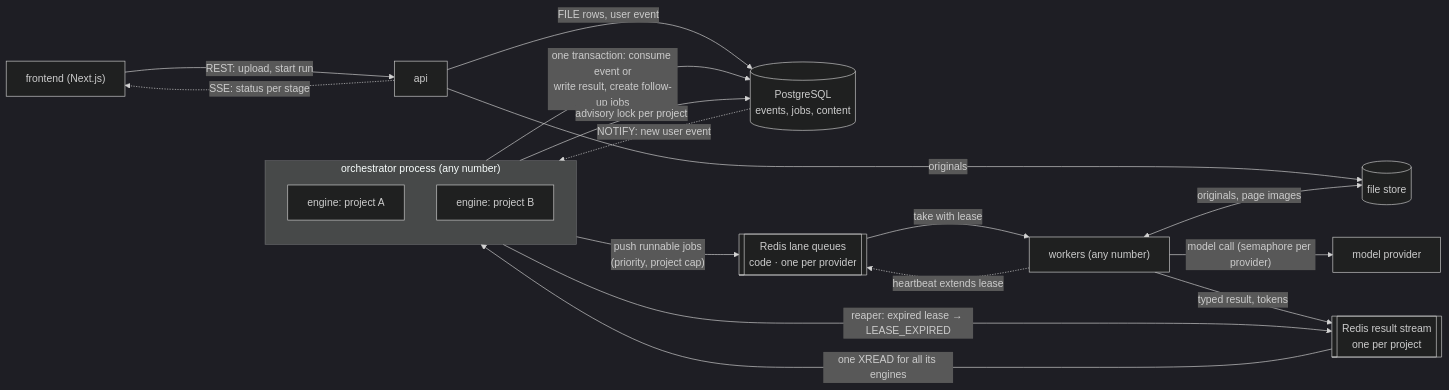
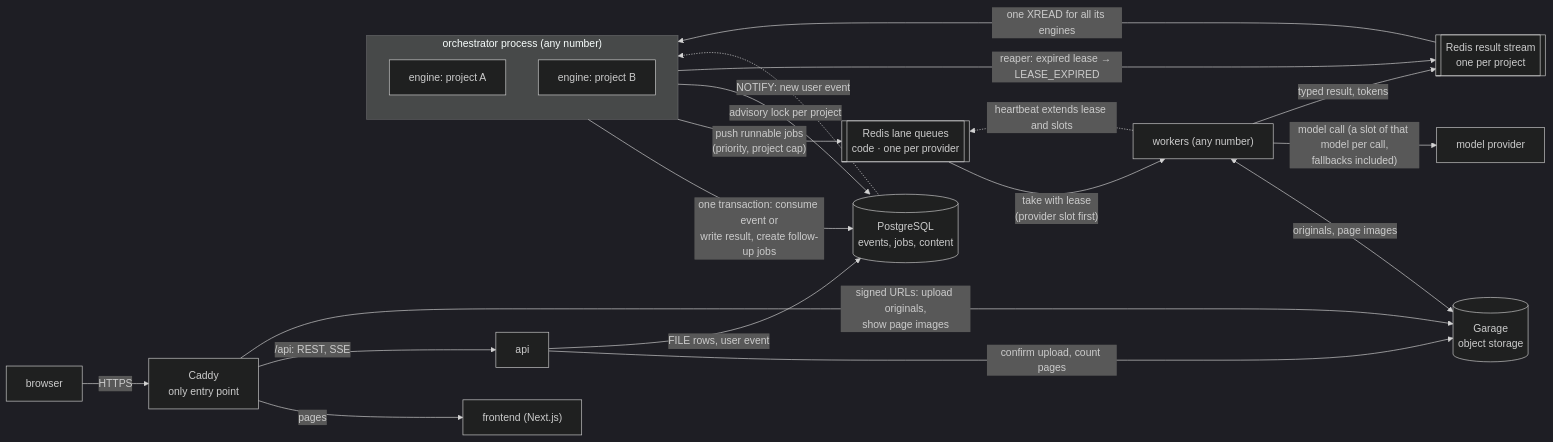
Before and after one commit to thomaselmer/sibp-infos: the third of 6 diagrams in docs/Architecture.md, drawn with Mermaid (dark theme). The commit also changed other lines of this file and 1 other file, not shown here.

Commit message:
Architecture v36: current picture and diagrams brought up to date
The picture still showed v25: lanes per model, uploads through the api, no Caddy. Now: Caddy as the only entry
point, Garage with uploads straight from the browser through signed URLs, lanes per provider, a provider slot
before a job and a model slot per model call.

````diff
--- a/docs/Architecture.md
+++ b/docs/Architecture.md
@@ -256,23 +256,25 @@
 ```mermaid
 flowchart LR
-  FE["frontend (Next.js)"] -->|"REST: upload, start run"| API[api]
-  API -.->|"SSE: status per stage"| FE
+  BR[browser] -->|HTTPS| CA["Caddy<br/>only entry point"]
+  CA -->|pages| FE["frontend (Next.js)"]
+  CA -->|"/api: REST, SSE"| API[api]
+  CA -->|"signed URLs: upload originals,<br/>show page images"| GA[("Garage<br/>object storage")]
+  API -->|"confirm upload, count pages"| GA
   API -->|"FILE rows, user event"| DB[("PostgreSQL<br/>events, jobs, content")]
-  API -->|"originals"| FS[("file store")]
   DB -.->|"NOTIFY: new user event"| ORC
   subgraph ORC["orchestrator process (any number)"]
     direction TB
     EA["engine: project A"]
     EB["engine: project B"]
   end
   ORC -->|"advisory lock per project"| DB
   EA -->|"one transaction: consume event or<br/>write result, create follow-up jobs"| DB
   EA -->|"push runnable jobs<br/>(priority, project cap)"| LQ[["Redis lane queues<br/>code · one per provider"]]
-  LQ -->|"take with lease"| W["workers (any number)"]
-  W -.->|"heartbeat extends lease"| LQ
-  W <-->|"originals, page images"| FS
-  W -->|"model call (semaphore per provider)"| MP["model provider"]
+  LQ -->|"take with lease<br/>(provider slot first)"| W["workers (any number)"]
+  W -.->|"heartbeat extends lease and slots"| LQ
+  W <-->|"originals, page images"| GA
+  W -->|"model call (a slot of that model per call,<br/>fallbacks included)"| MP["model provider"]
   W -->|"typed result, tokens"| RS[["Redis result stream<br/>one per project"]]
   ORC -->|"reaper: expired lease → LEASE_EXPIRED"| RS
   RS -->|"one XREAD for all its engines"| ORC
 ```
````
